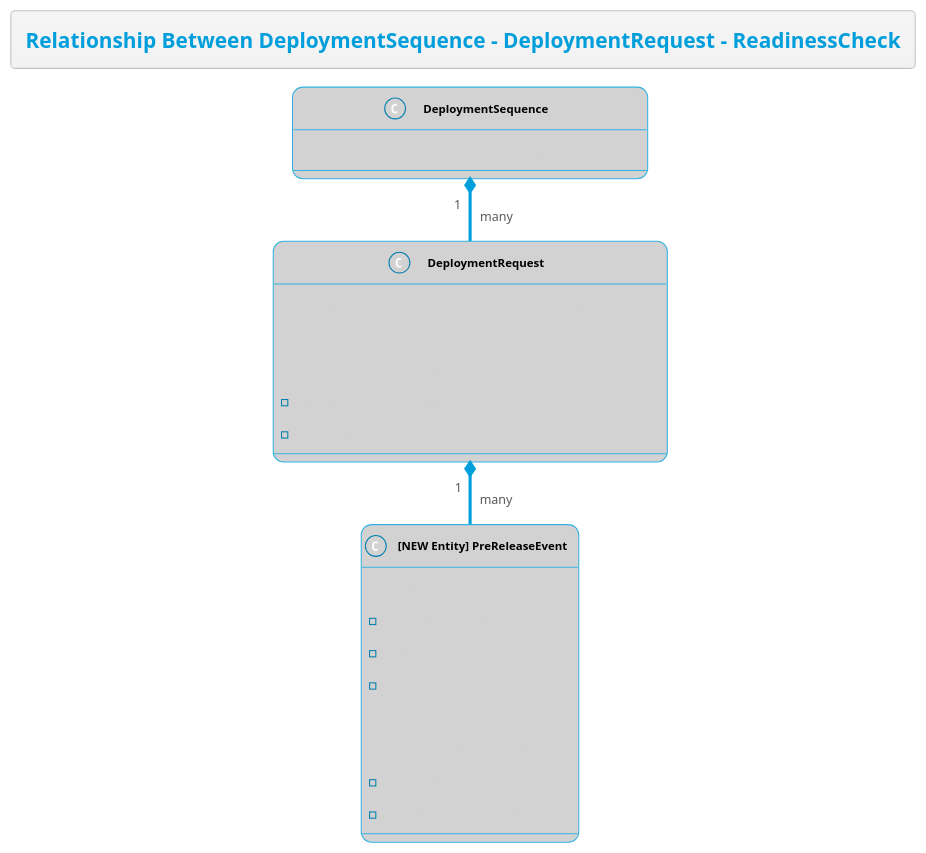
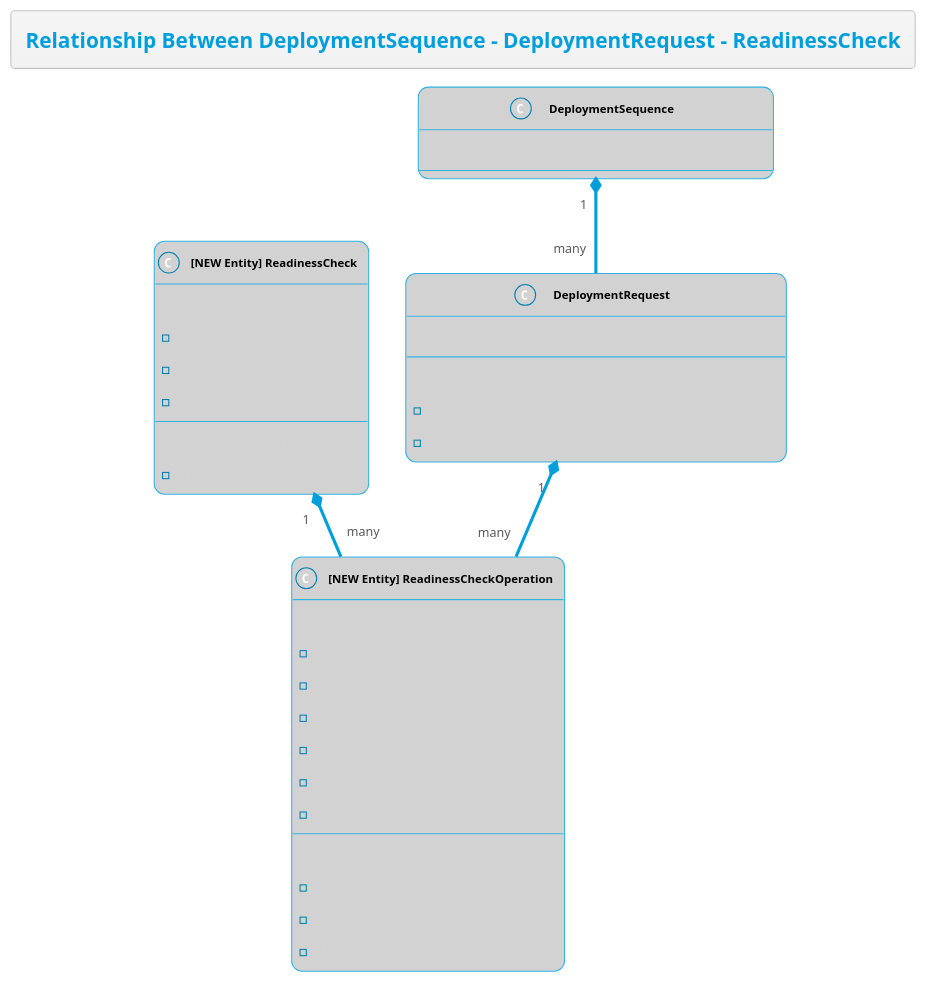
One commit to thetomitomo/diagrams changed the diagram in src/Multi-Day-Deployment/PreReleaseEventEntities.plantuml. Above: the diagram before and after it, drawn with PlantUML. The commit also changed 3 other files, not shown here.

Commit message:
update readiness entity diagra

```diff
--- a/src/Multi-Day-Deployment/PreReleaseEventEntities.plantuml
+++ b/src/Multi-Day-Deployment/PreReleaseEventEntities.plantuml
@@ -1,36 +1,51 @@
 @startuml
 !theme bluegray
 skinparam FooterFontColor black
 skinparam DatabaseFontColor #007faf
 skinparam ClassFontColor black
 skinparam ClassBackgroundColor #d2d2d2
 
 
 title Relationship Between DeploymentSequence - DeploymentRequest - ReadinessCheck
 
 class "<b>DeploymentSequence" as DS {
     current DB: shopee_deployplatform_db.deployment_seq_tab
 }
 class "<b>DeploymentRequest" as DR {
     current DB : shopee_deployplatform_db.deployment_request_tab
-
+   ---
     NEW Function Requirements:
     - Initialise PreReleaseEvents
     - GET PreReleaseEvents
 }
 
-class "<b>[NEW Entity] PreReleaseEvent" as PRE {
+class "<b>[NEW Entity] ReadinessCheck" as Readiness {
     Attributes:
-    - pre_release_event_id
+    - readiness_check_id
     - display_name
     - default_pics
-    
+    ---
     NEW Function Requirements:
-    - GET PreReleaseEvent
-    - Toggle PreReleaseEvent
+    - Update ReadinessCheck
+}
+
+class "<b>[NEW Entity] ReadinessCheckOperation" as ReadinessOps {
+    Attributes:
+    - readiness_check_id
+    - deployment_request_id
+    - display_name
+    - default_pics
+    - toggle_timestamp
+    - toggle_author
+    ---
+    NEW Function Requirements:
+    - GET ReadinessCheckOps
+    - Toggle ReadinessCheckOps
+    - Update ReadinessCheckOps
 }
 
 DS "1" *-- "many" DR 
-DR "1" *-- "many" PRE
+DR "1" *-- "many" ReadinessOps
+ReadinessOps "many" -up-* "1" Readiness
 
 @enduml
```
